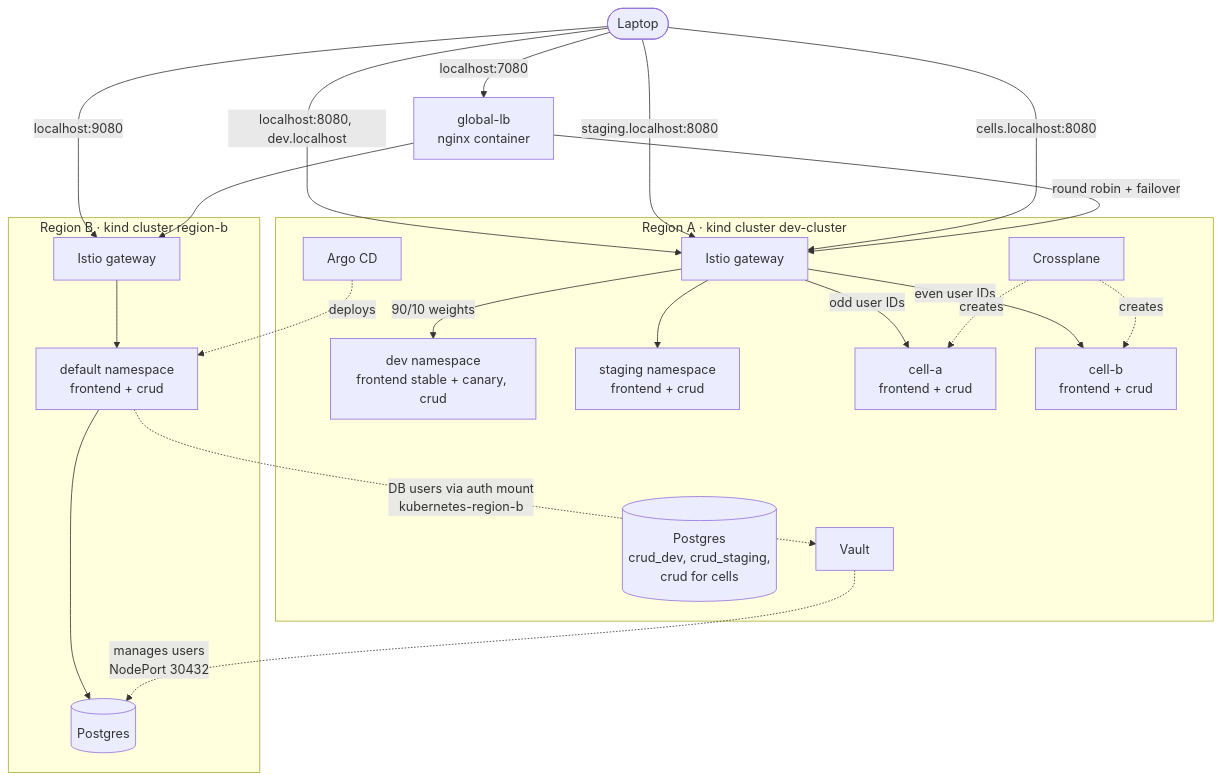
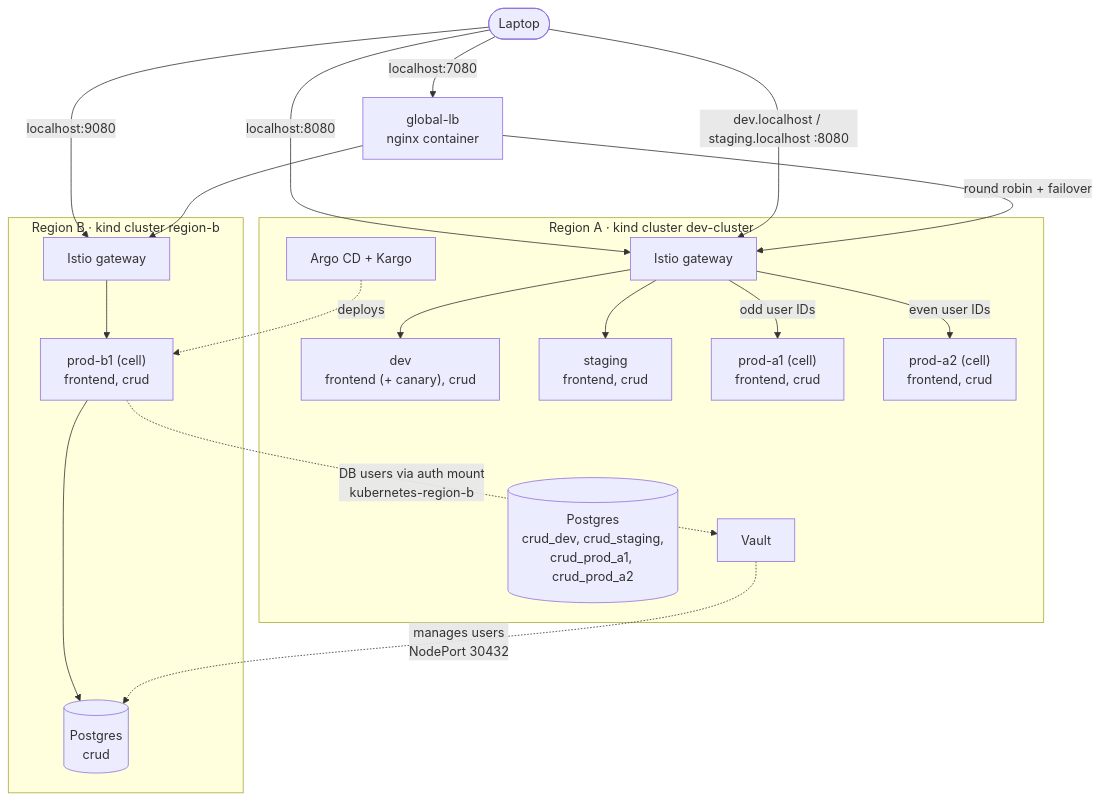
One commit to mandar33/local-eks-platform changed the third of 3 diagrams in README.md. Above: the diagram before and after it, drawn with Mermaid. The commit also changed other lines of this file, not shown here.

Commit message:
README: dev -> staging -> prod, bigtech/small profiles, cells and waves, per-env databases and flags, projects; Crossplane removed

````diff
--- a/README.md
+++ b/README.md
@@ -104,34 +128,30 @@
 ```mermaid
 flowchart TB
     user([Laptop]) -->|localhost:7080| lb[global-lb<br/>nginx container]
-    user -->|"localhost:8080, dev.localhost"| gwa
-    user -->|staging.localhost:8080| gwa
-    user -->|cells.localhost:8080| gwa
+    user -->|"localhost:8080"| gwa
+    user -->|"dev.localhost / staging.localhost :8080"| gwa
     user -->|localhost:9080| gwb
 
     subgraph A["Region A · kind cluster dev-cluster"]
         gwa[Istio gateway]
-        gwa -->|"90/10 weights"| def["dev namespace<br/>frontend stable + canary, crud"]
-        gwa --> stg["staging namespace<br/>frontend + crud"]
-        gwa -->|"odd user IDs"| ca["cell-a<br/>frontend + crud"]
-        gwa -->|"even user IDs"| cb["cell-b<br/>frontend + crud"]
-        pg[(Postgres<br/>crud_dev, crud_staging,<br/>crud for cells)]
+        gwa --> dev["dev<br/>frontend (+ canary), crud"]
+        gwa --> stg["staging<br/>frontend, crud"]
+        gwa -->|"odd user IDs"| a1["prod-a1 (cell)<br/>frontend, crud"]
+        gwa -->|"even user IDs"| a2["prod-a2 (cell)<br/>frontend, crud"]
+        pg[("Postgres<br/>crud_dev, crud_staging,<br/>crud_prod_a1, crud_prod_a2")]
         vault[Vault]
-        argo[Argo CD]
-        xp[Crossplane]
-        xp -. creates .-> ca
-        xp -. creates .-> cb
+        argo[Argo CD + Kargo]
     end
 
     subgraph B["Region B · kind cluster region-b"]
-        gwb[Istio gateway] --> defb["default namespace<br/>frontend + crud"]
-        pgb[(Postgres)]
-        defb --> pgb
+        gwb[Istio gateway] --> b1["prod-b1 (cell)<br/>frontend, crud"]
+        pgb[(Postgres<br/>crud)]
+        b1 --> pgb
     end
 
     lb -->|round robin + failover| gwa
     lb --> gwb
     vault -. "manages users<br/>NodePort 30432" .-> pgb
-    defb -. "DB users via auth mount<br/>kubernetes-region-b" .-> vault
-    argo -. deploys .-> defb
+    b1 -. "DB users via auth mount<br/>kubernetes-region-b" .-> vault
+    argo -. deploys .-> b1
 ```
````
